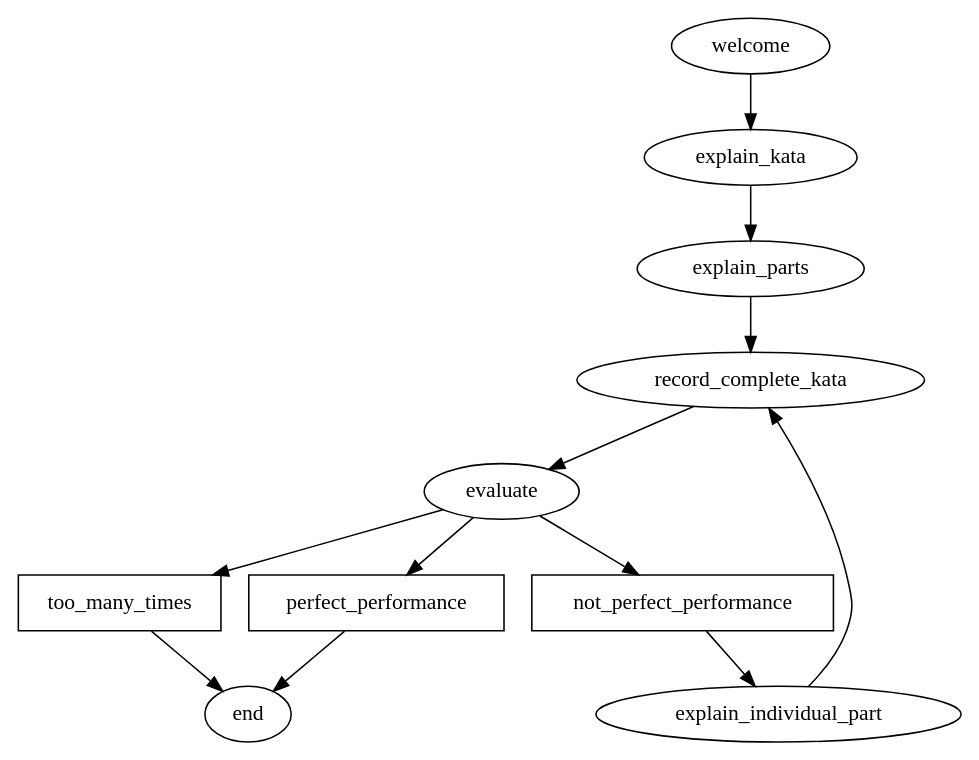
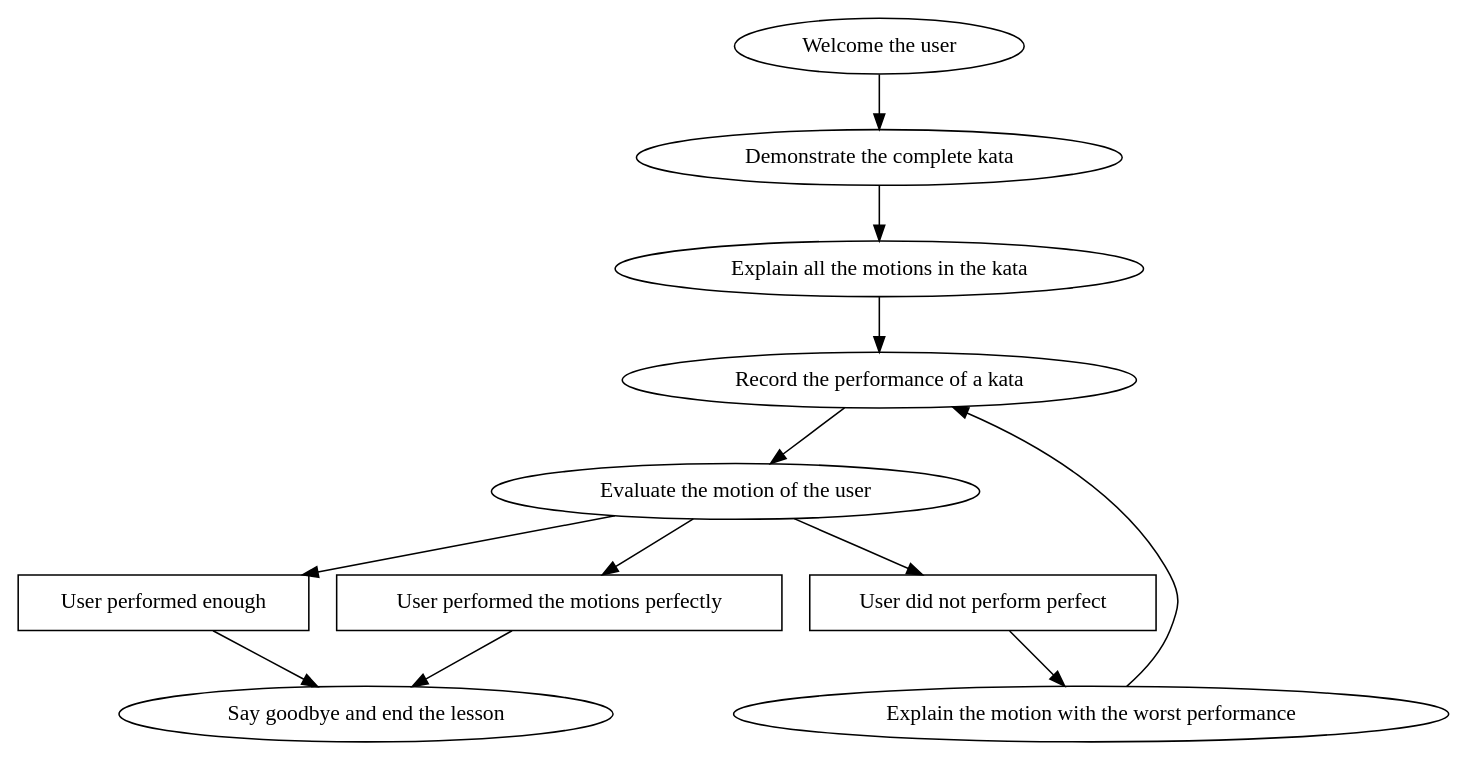
Before and after one commit to bootsman123/hri: the diagram in report/images/stateDiagram.dot, drawn with Graphviz. The commit also changed 2 other files, not shown here.

Commit message:
Better state diagram

```diff
--- a/report/images/stateDiagram.dot
+++ b/report/images/stateDiagram.dot
@@ -1,22 +1,30 @@
 digraph userStateDiagram{
  welcome -> explain_kata
  explain_kata -> explain_parts
  explain_parts -> record_complete_kata
  record_complete_kata -> evaluate
  
  evaluate -> too_many_times 
  too_many_times -> end
  evaluate -> perfect_performance
  perfect_performance -> end
 
  evaluate -> not_perfect_performance
  not_perfect_performance -> explain_individual_part
  explain_individual_part -> record_complete_kata
 
 
 
  //Individual nodes
- perfect_performance[shape="box"]
- too_many_times[shape="box"]
- not_perfect_performance[shape="box"]
+ perfect_performance[shape="box" label = "User performed the motions perfectly"]
+ too_many_times[shape="box" label="User performed enough"]
+ not_perfect_performance[shape="box" label="User did not perform perfect"]
+explain_individual_part[label="Explain the motion with the worst performance"]
+evaluate[label="Evaluate the motion of the user"]
+record_complete_kata[label="Record the performance of a kata"]
+explain_parts[label="Explain all the motions in the kata"]
+explain_kata[label="Demonstrate the complete kata"]
+welcome[label="Welcome the user"]
+end[label="Say goodbye and end the lesson"]
+
 }
```
